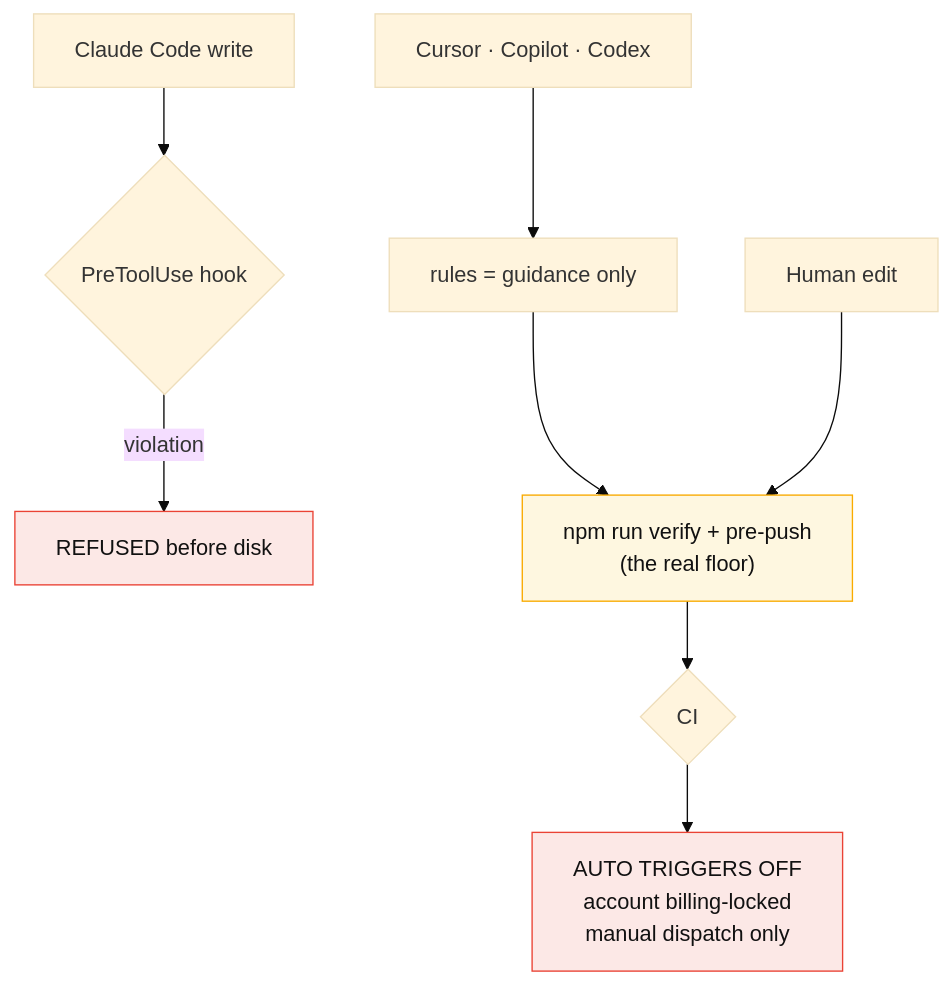
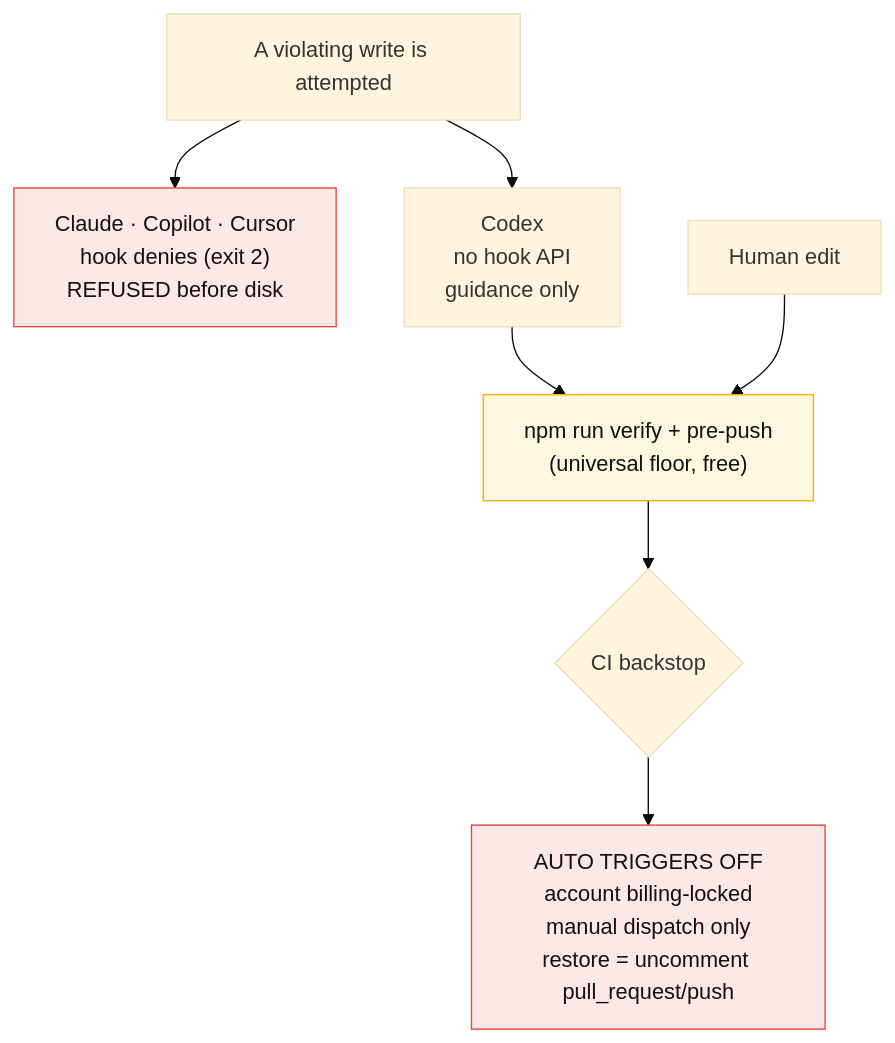
Before and after one commit to lfyagya/AI-Agentic-Test-Development: the sixth of 11 diagrams in docs/onboarding/first-session.md, drawn with Mermaid (base theme). The commit also changed other lines of this file, not shown here.

````diff
--- a/docs/onboarding/first-session.md
+++ b/docs/onboarding/first-session.md
@@ -93,14 +127,14 @@
 ```mermaid
 flowchart TD
-    AI["Claude Code write"] --> Hook{"PreToolUse hook"}
-    Hook -- violation --> Refuse["REFUSED before disk"]
-    Other["Cursor · Copilot · Codex"] --> Guide["rules = guidance only"]
-    Guide --> Floor
-    Human["Human edit"] --> Floor["npm run verify + pre-push<br/>(the real floor)"]
-    Floor --> CI{"CI"}
-    CI --> Off["AUTO TRIGGERS OFF<br/>account billing-locked<br/>manual dispatch only"]
+    W["A violating write is attempted"]
+    W --> C3["Claude · Copilot · Cursor<br/>hook denies (exit 2)<br/>REFUSED before disk"]
+    W --> Cx["Codex<br/>no hook API<br/>guidance only"]
+    Cx --> Floor
+    H["Human edit"] --> Floor["npm run verify + pre-push<br/>(universal floor, free)"]
+    Floor --> CI{"CI backstop"}
+    CI --> Off["AUTO TRIGGERS OFF<br/>account billing-locked<br/>manual dispatch only<br/>restore = uncomment pull_request/push"]
 
-    style Refuse fill:#fce8e6,stroke:#ea4335,color:#111
+    style C3 fill:#fce8e6,stroke:#ea4335,color:#111
     style Floor fill:#fef7e0,stroke:#f9ab00,color:#111
     style Off fill:#fce8e6,stroke:#ea4335,color:#111
 ```
````
